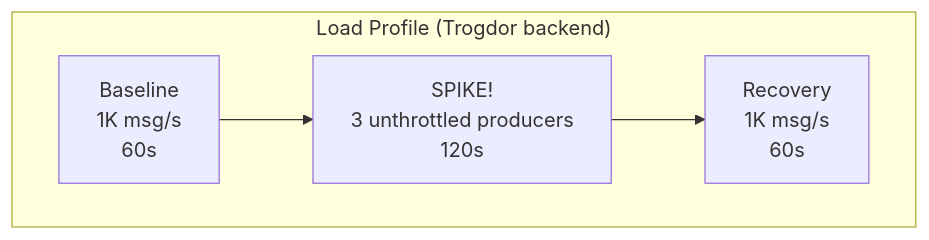
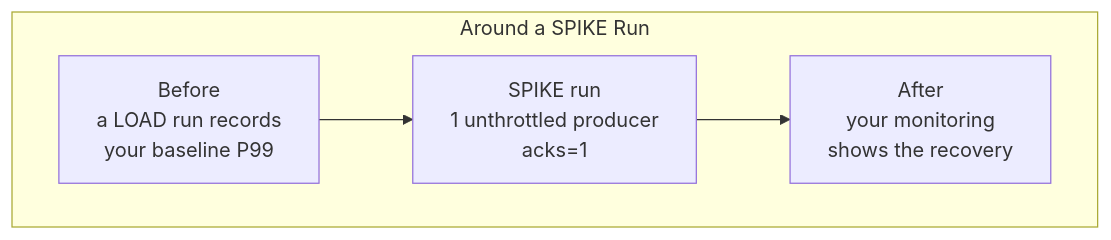
The fifth of 8 diagrams in docs/book/05-test-types.md (actions-marketplace-validations/bmscomp_kates), drawn with Mermaid before and after one commit. The commit also changed other lines of this file, not shown here.

````diff
--- a/docs/book/05-test-types.md
+++ b/docs/book/05-test-types.md
@@ -183,7 +176,10 @@
 ```mermaid
+%%| label: fig-types-spike-profile
+%%| fig-cap: "A SPIKE run is only the burst: a LOAD run before it gives the baseline, and your monitoring after it shows the recovery."
+%%| fig-alt: "Flowchart, left to right: before, a LOAD run records your baseline P99; then the SPIKE run, one unthrottled producer with acks=1; after, your monitoring shows the recovery."
 graph LR
-    subgraph Spike["Load Profile (Trogdor backend)"]
+    subgraph Spike["Around a SPIKE Run"]
         direction LR
-        S1["Baseline<br/>1K msg/s<br/>60s"] --> S2["SPIKE!<br/>3 unthrottled producers<br/>120s"] --> S3["Recovery<br/>1K msg/s<br/>60s"]
+        S1["Before<br/>a LOAD run records<br/>your baseline P99"] --> S2["SPIKE run<br/>1 unthrottled producer<br/>acks=1"] --> S3["After<br/>your monitoring<br/>shows the recovery"]
     end
 ```
````
